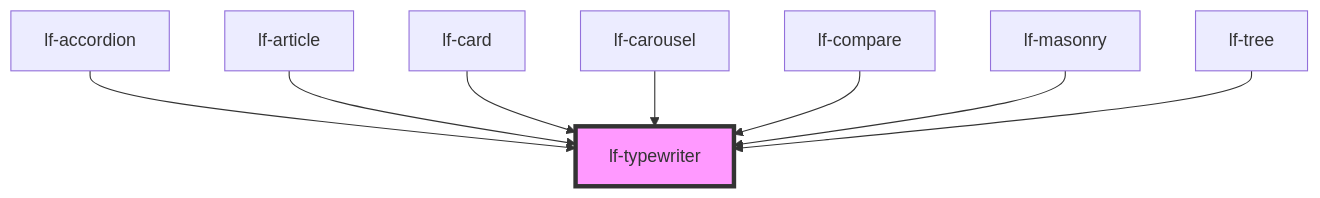
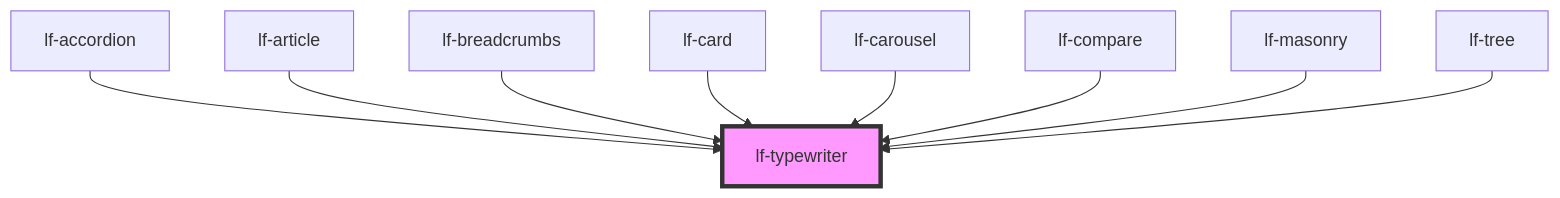
Before and after one commit to lucafoscili/lf-widgets: the diagram in packages/core/src/components/lf-typewriter/readme.md, drawn with Mermaid. The commit also changed other lines of this file and 17 other files, not shown here.

````diff
--- a/packages/core/src/components/lf-typewriter/readme.md
+++ b/packages/core/src/components/lf-typewriter/readme.md
@@ -114,11 +115,12 @@
 ```mermaid
 graph TD;
   lf-accordion --> lf-typewriter
   lf-article --> lf-typewriter
+  lf-breadcrumbs --> lf-typewriter
   lf-card --> lf-typewriter
   lf-carousel --> lf-typewriter
   lf-compare --> lf-typewriter
   lf-masonry --> lf-typewriter
   lf-tree --> lf-typewriter
   style lf-typewriter fill:#f9f,stroke:#333,stroke-width:4px
 ```
````
